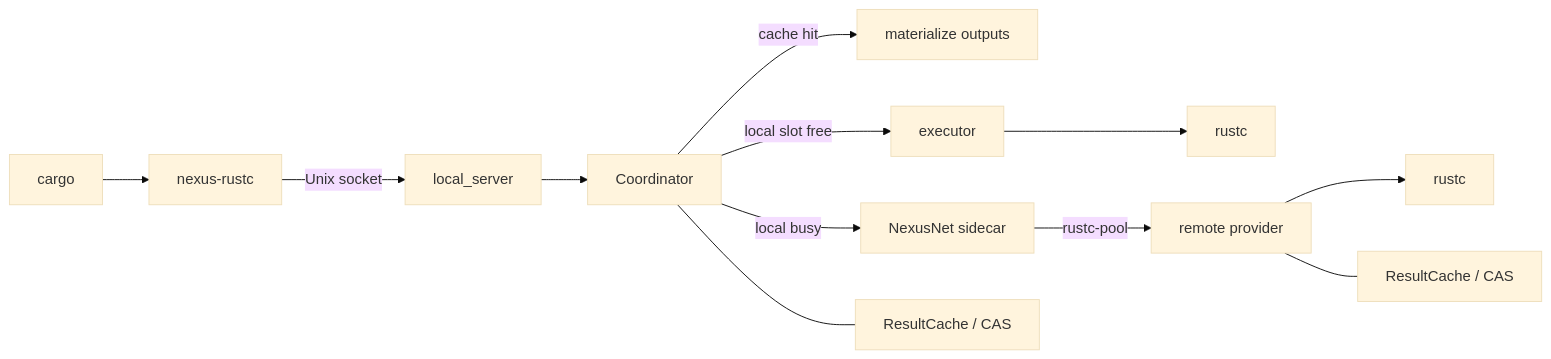
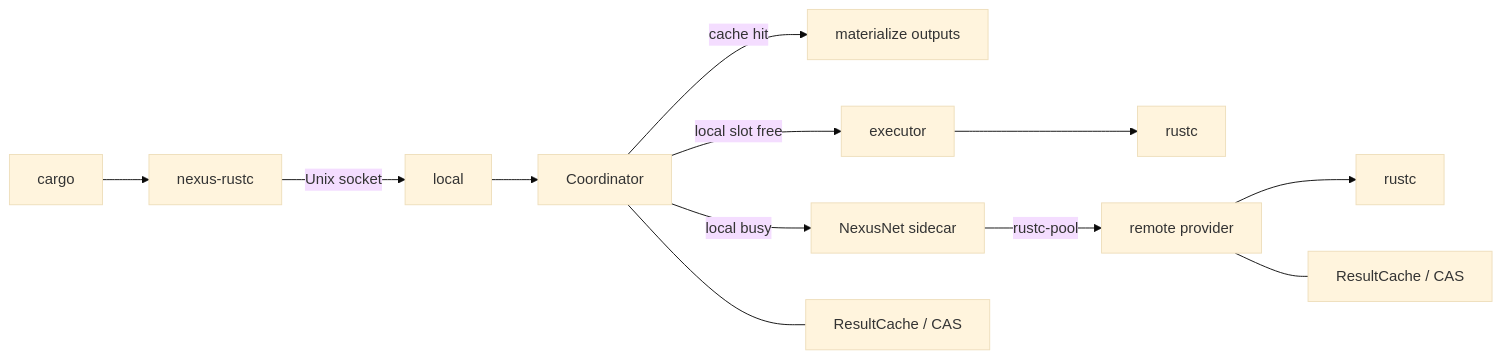
The diagram in README.md (rplague/NexusCompile), drawn with Mermaid (base theme) before and after one commit. The commit also changed other lines of this file and 6 other files, not shown here.

````diff
--- a/README.md
+++ b/README.md
@@ -31,14 +31,14 @@
 ```mermaid
 graph LR
     C["cargo"] --> W["nexus-rustc"]
-    W -->|"Unix socket"| L["local_server"]
+    W -->|"Unix socket"| L["local"]
     L --> K["Coordinator"]
     K -->|"cache hit"| M["materialize outputs"]
     K -->|"local slot free"| E["executor"]
     E --> R1["rustc"]
     K -->|"local busy"| S["NexusNet sidecar"]
     S -->|"rustc-pool"| P["remote provider"]
     P --> R2["rustc"]
     K --- CA["ResultCache / CAS"]
     P --- CA2["ResultCache / CAS"]
 ```
````
